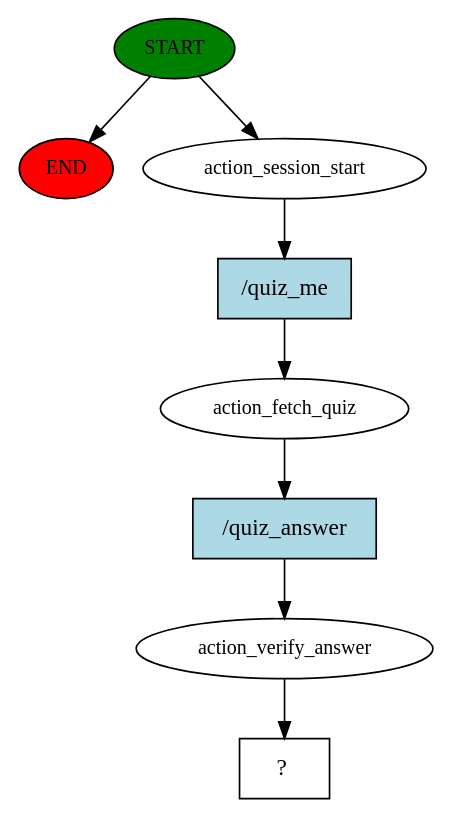
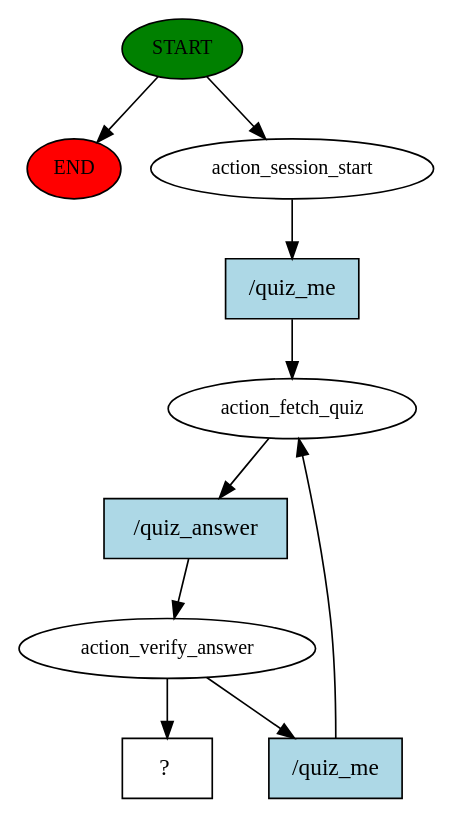
Before and after one commit to MirzaSohaib-Baig/edu-chatbot-backend: the diagram in story_graph.dot, drawn with Graphviz. The commit also changed 10 other files, not shown here.

```diff
--- a/story_graph.dot
+++ b/story_graph.dot
@@ -1,17 +1,20 @@
 digraph  {
 0 [class="start active", fillcolor=green, fontsize=12, label=START, style=filled];
 "-1" [class=end, fillcolor=red, fontsize=12, label=END, style=filled];
 1 [class=active, fontsize=12, label=action_session_start];
 2 [class=active, fontsize=12, label=action_fetch_quiz];
 3 [class=active, fontsize=12, label=action_verify_answer];
-4 [class="intent dashed active", label="  ?  ", shape=rect];
-5 [class="intent active", fillcolor=lightblue, label="/quiz_me", shape=rect, style=filled];
-6 [class="intent active", fillcolor=lightblue, label="/quiz_answer", shape=rect, style=filled];
+6 [class="intent dashed active", label="  ?  ", shape=rect];
+7 [class="intent active", fillcolor=lightblue, label="/quiz_me", shape=rect, style=filled];
+8 [class="intent active", fillcolor=lightblue, label="/quiz_answer", shape=rect, style=filled];
+9 [class="intent active", fillcolor=lightblue, label="/quiz_me", shape=rect, style=filled];
 0 -> "-1"  [class="", key=NONE, label=""];
 0 -> 1  [class=active, key=NONE, label=""];
-1 -> 5  [class=active, key=0];
-2 -> 6  [class=active, key=0];
-3 -> 4  [class=active, key=NONE, label=""];
-5 -> 2  [class=active, key=0];
-6 -> 3  [class=active, key=0];
+1 -> 7  [class=active, key=0];
+2 -> 8  [class=active, key=0];
+3 -> 6  [class=active, key=NONE, label=""];
+3 -> 9  [class=active, key=0];
+7 -> 2  [class=active, key=0];
+8 -> 3  [class=active, key=0];
+9 -> 2  [class=active, key=0];
 }
```
